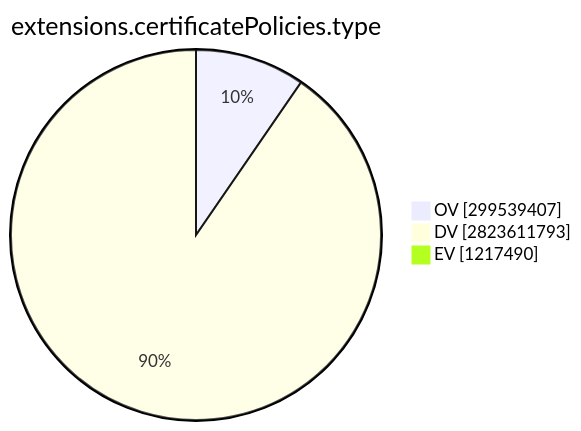
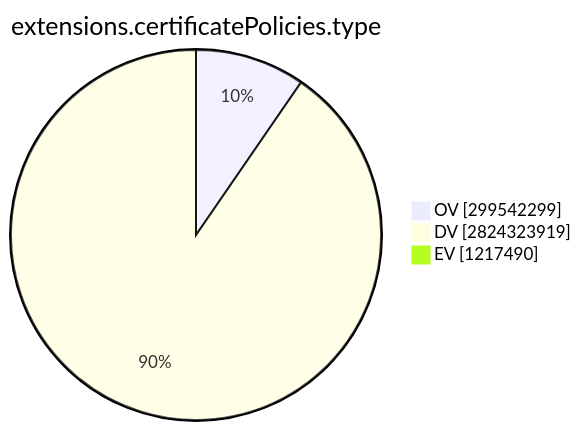
The ninth of 15 diagrams in TOTAL/README.md (christiankrug/ctmonitor_visualization), drawn with Mermaid before and after one commit. The commit also changed other lines of this file, not shown here.

````diff
--- a/TOTAL/README.md
+++ b/TOTAL/README.md
@@ -3101,7 +3101,7 @@
 ```mermaid
 pie showData
 title extensions.certificatePolicies.type
-"OV" :299539407
-"DV" :2823611793
+"OV" :299542299
+"DV" :2824323919
 "EV" :1217490
 ```
````
